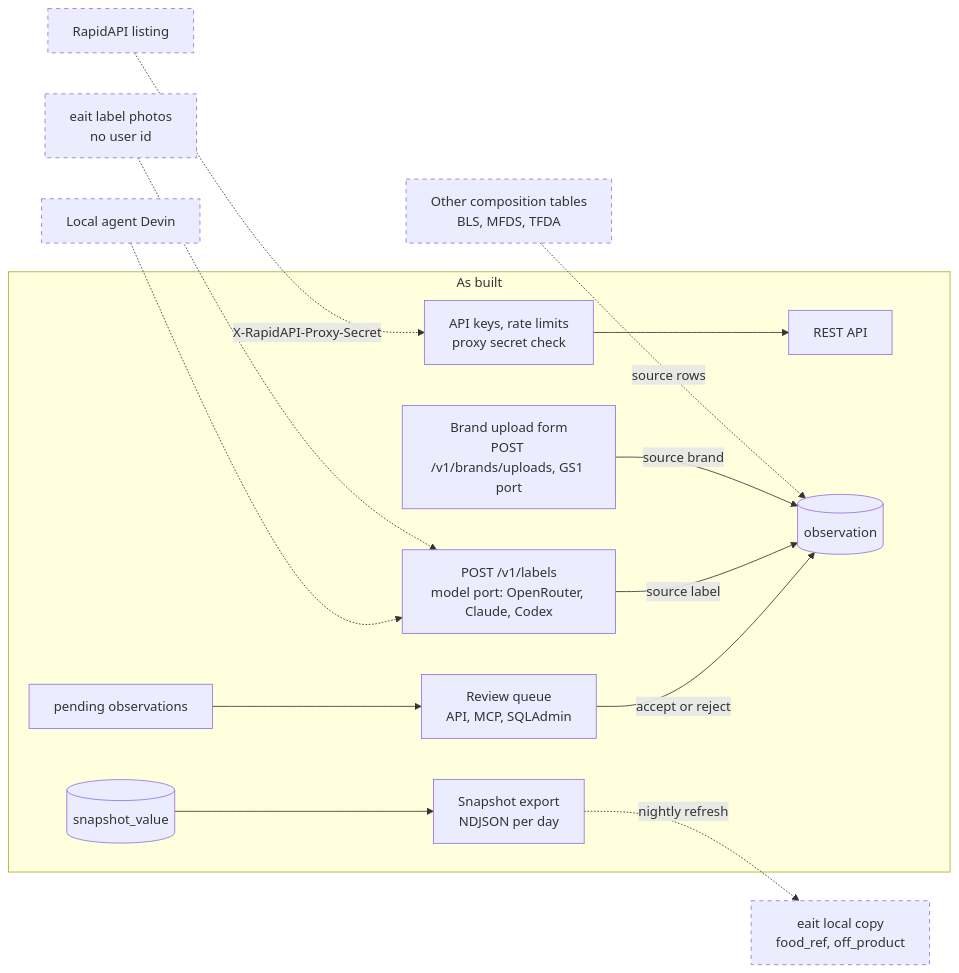
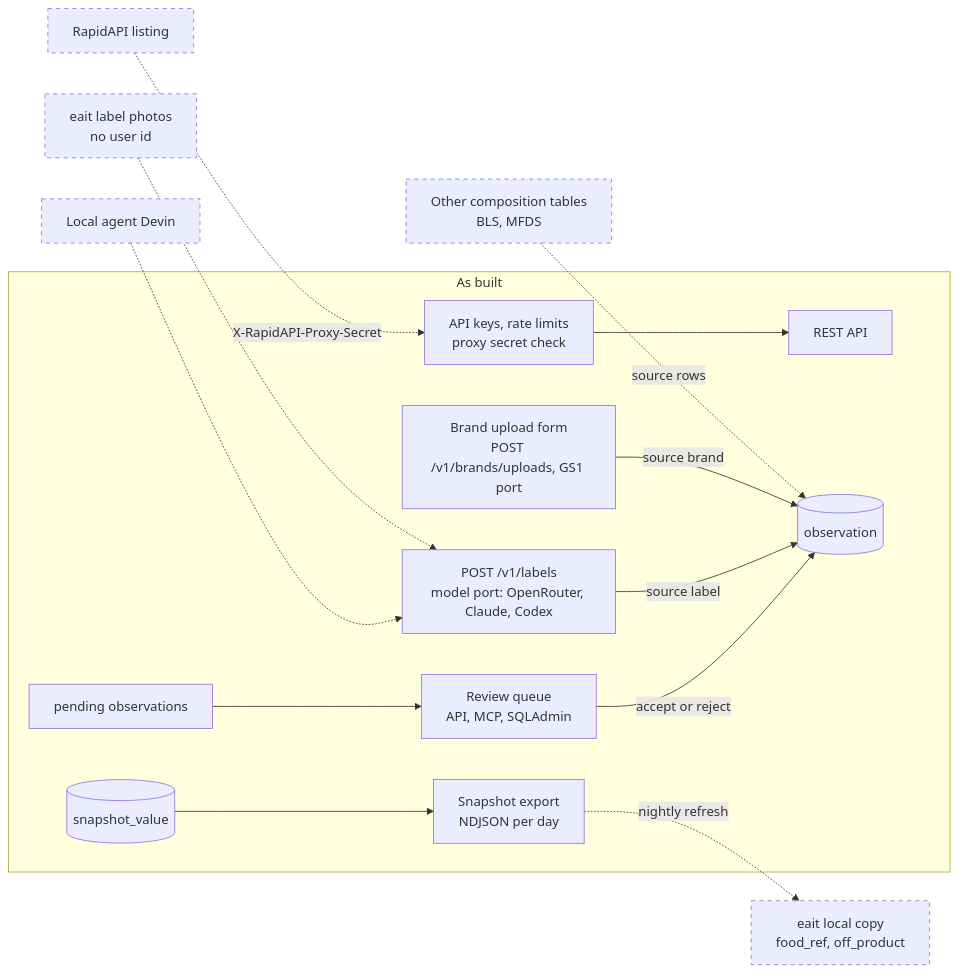
Diagram 19 of 19 in docs/architecture.md (eait-fit/fooddb), drawn with Mermaid before and after one commit. The commit also changed other lines of this file and 15 other files, not shown here.

````diff
--- a/docs/architecture.md
+++ b/docs/architecture.md
@@ -1443,32 +1452,32 @@
 ```mermaid
 flowchart LR
     subgraph built["As built"]
         api["REST API"]
         auth["API keys, rate limits<br/>proxy secret check"]
         obs[("observation")]
         pend["pending observations"]
         review["Review queue<br/>API, MCP, SQLAdmin"]
         snap[("snapshot_value")]
         exp["Snapshot export<br/>NDJSON per day"]
         labels["POST /v1/labels<br/>model port: OpenRouter, Claude, Codex"]
         brand["Brand upload form<br/>POST /v1/brands/uploads, GS1 port"]
     end
-    tables["Other composition tables<br/>BLS, MFDS, TFDA"]
+    tables["Other composition tables<br/>BLS, MFDS"]
     eaitp["eait label photos<br/>no user id"]
     devin["Local agent Devin"]
     listing["RapidAPI listing"]
     eaitc["eait local copy<br/>food_ref, off_product"]
     tables -.->|"source rows"| obs
     brand -->|"source brand"| obs
     eaitp -.-> labels
     devin -.-> labels
     labels -->|"source label"| obs
     pend --> review
     review -->|"accept or reject"| obs
     listing -.->|"X-RapidAPI-Proxy-Secret"| auth
     auth --> api
     snap --> exp
     exp -.->|"nightly refresh"| eaitc
     classDef planned stroke-dasharray: 5 5
     class tables,eaitp,devin,listing,eaitc planned
 ```
````
